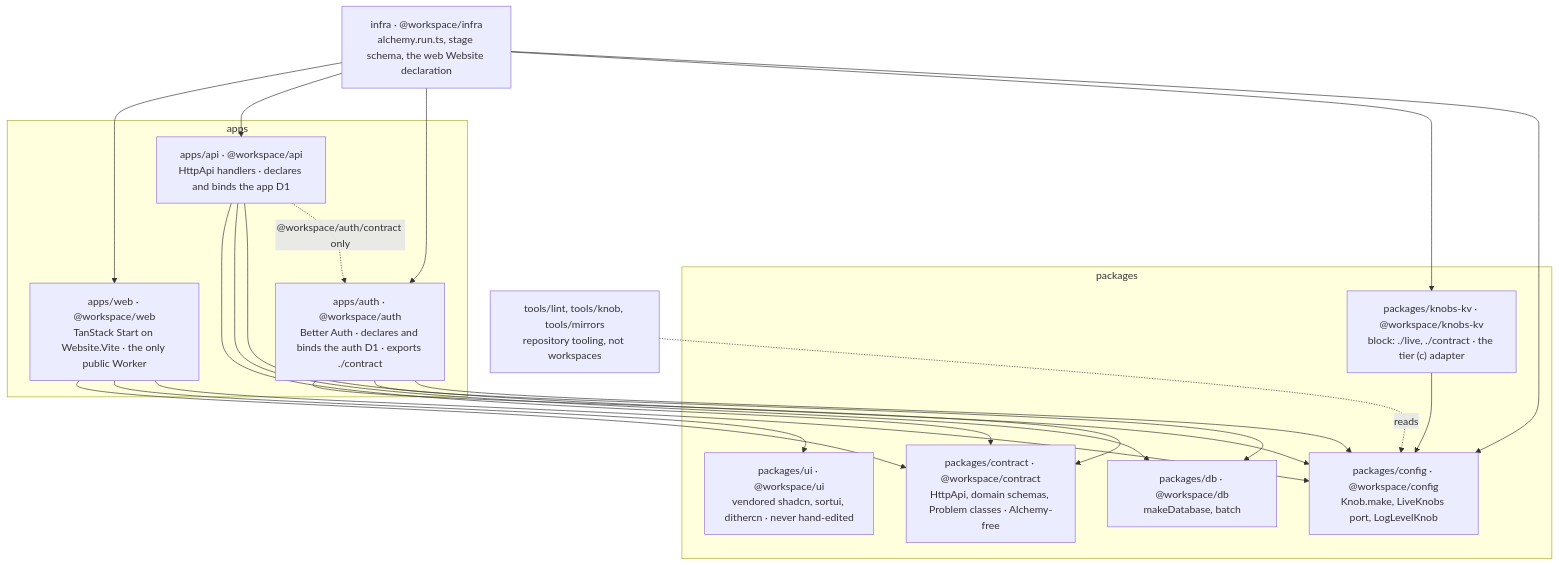
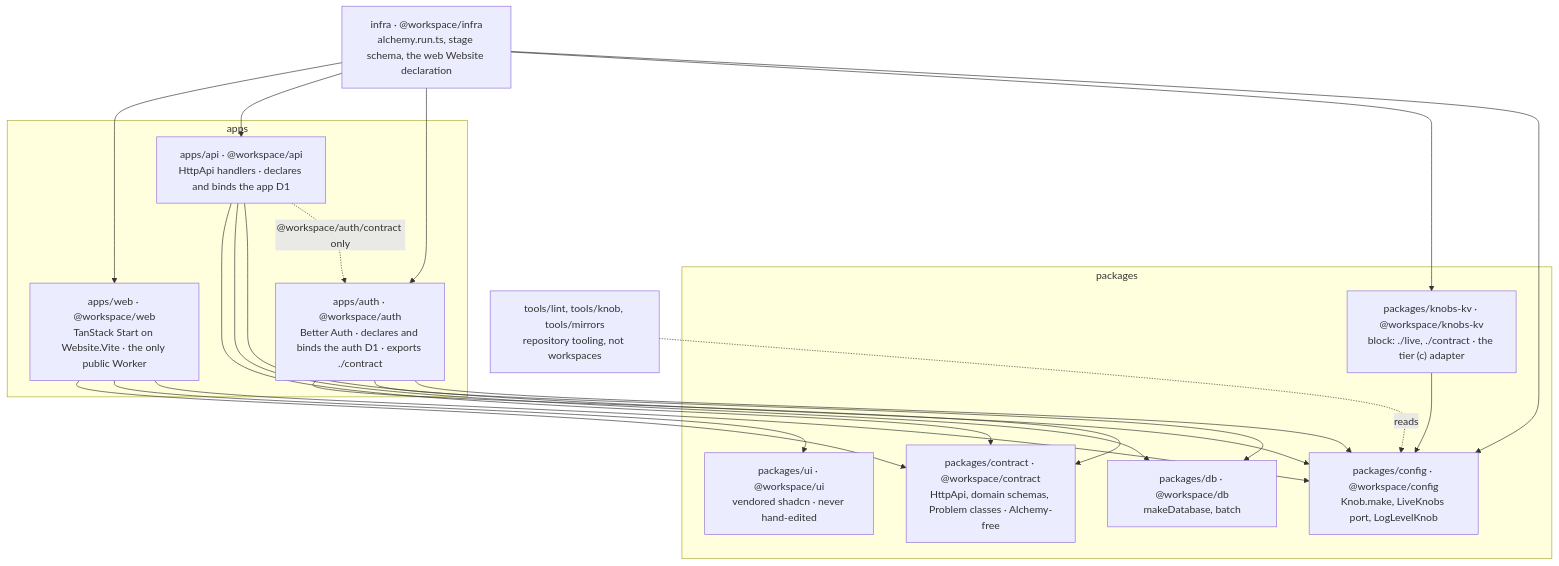
Before and after one commit to aidenzepp/cf-template: the first of 7 diagrams in docs/architecture.md, drawn with Mermaid. The commit also changed other lines of this file and 70 other files, not shown here.

Commit message:
build(ui): reinstall stock base-nova components and drop dithercn and sortui

````diff
--- a/docs/architecture.md
+++ b/docs/architecture.md
@@ -111,25 +111,25 @@
 ```mermaid
 flowchart TB
   subgraph apps
     web["apps/web · @workspace/web<br/>TanStack Start on Website.Vite · the only public Worker"]
     api["apps/api · @workspace/api<br/>HttpApi handlers · declares and binds the app D1"]
         auth["apps/auth · @workspace/auth<br/>Better Auth · declares and binds the auth D1 · exports ./contract"]
   end
   subgraph packages
         contract["packages/contract · @workspace/contract<br/>HttpApi, domain schemas, Problem classes · Alchemy-free"]
     db["packages/db · @workspace/db<br/>makeDatabase, batch"]
     config["packages/config · @workspace/config<br/>Knob.make, LiveKnobs port, LogLevelKnob"]
-    ui["packages/ui · @workspace/ui<br/>vendored shadcn, sortui, dithercn · never hand-edited"]
+    ui["packages/ui · @workspace/ui<br/>vendored shadcn · never hand-edited"]
     knobs["packages/knobs-kv · @workspace/knobs-kv<br/>block: ./live, ./contract · the tier (c) adapter"]
   end
     infra["infra · @workspace/infra<br/>alchemy.run.ts, stage schema, the web Website declaration"]
   tools["tools/lint, tools/knob, tools/mirrors<br/>repository tooling, not workspaces"]
 
     infra --> web & api & auth & knobs & config
   web --> contract & ui & config
   api --> contract & db & config
   api -. "@workspace/auth/contract only" .-> auth
   auth --> contract & db & config
   knobs --> config
   tools -. reads .-> config
 ```
````
